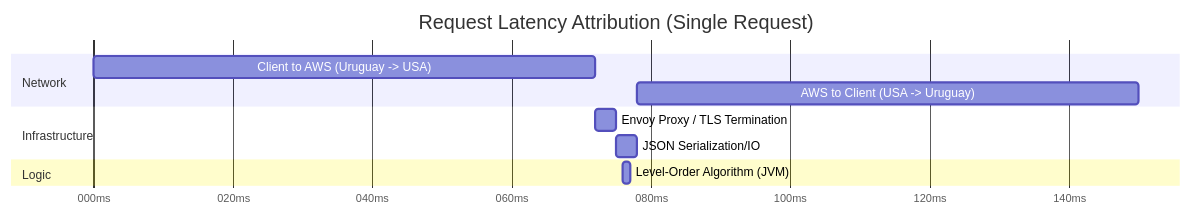
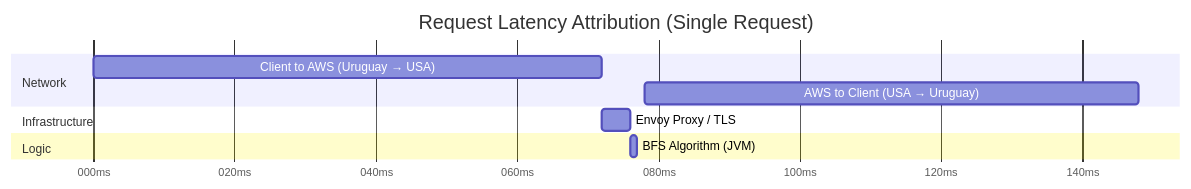
The second of 2 diagrams in README.md (waldequincke/algo-test), drawn with Mermaid before and after one commit. The commit also changed other lines of this file and 14 other files, not shown here.

````diff
--- a/README.md
+++ b/README.md
@@ -282,14 +310,13 @@
 ```mermaid
 gantt
     title Request Latency Attribution (Single Request)
     dateFormat  SSS
     axisFormat  %Lms
     section Network
-    Client to AWS (Uruguay -> USA) :000, 072
-    AWS to Client (USA -> Uruguay) :078, 150
+    Client to AWS (Uruguay → USA) :000, 072
+    AWS to Client (USA → Uruguay) :078, 148
     section Infrastructure
-    Envoy Proxy / TLS Termination :072, 075
-    JSON Serialization/IO        :075, 078
+    Envoy Proxy / TLS              :072, 076
     section Logic
-    Level-Order Algorithm (JVM)   :076, 077
+    BFS Algorithm (JVM)            :076, 077
 ```
````
